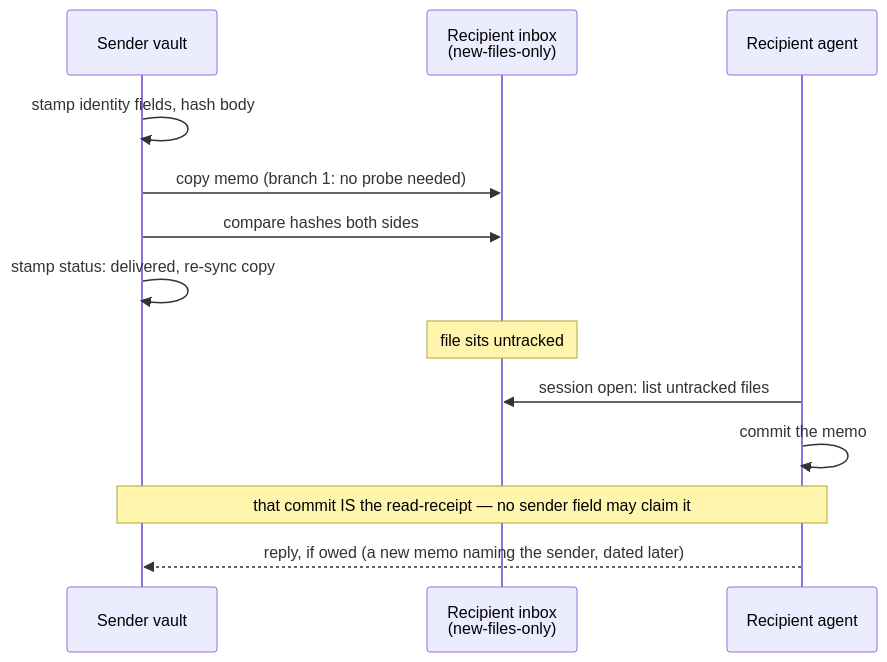
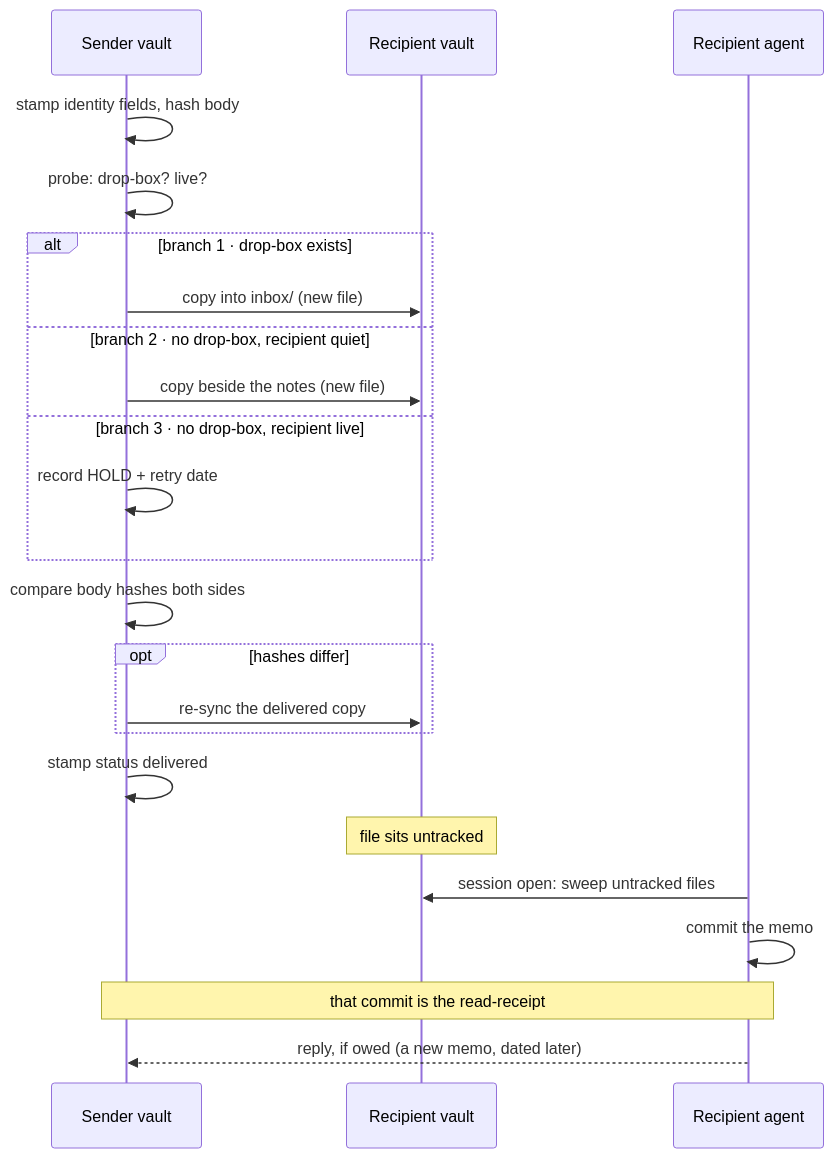
Before and after one commit to aDNA-Network/aDNA.aDNA: the third of 5 diagrams in what/docs/adna_primer_for_data_engineers.md, drawn with Mermaid. The commit also changed other lines of this file and 2 other files, not shown here.

````diff
--- a/what/docs/adna_primer_for_data_engineers.md
+++ b/what/docs/adna_primer_for_data_engineers.md
@@ -272,15 +234,27 @@
 ```mermaid
 sequenceDiagram
+  accTitle: Memo delivery, three branches
+  accDescr: The sender stamps identity fields and hashes the body, probes the recipient, then either writes into the drop-box, writes a new file into a quiet recipient's coordination directory, or records a hold and retries later. Hashes are compared on both sides; a mismatch re-syncs. The recipient's commit is the read-receipt.
   participant S as Sender vault
-  participant I as Recipient inbox<br/>(new-files-only)
+  participant I as Recipient vault
   participant R as Recipient agent
   S->>S: stamp identity fields, hash body
-  S->>I: copy memo (branch 1: no probe needed)
-  S->>I: compare hashes both sides
-  S->>S: stamp status: delivered, re-sync copy
+  S->>S: probe: drop-box? live?
+  alt branch 1 · drop-box exists
+    S->>I: copy into inbox/ (new file)
+  else branch 2 · no drop-box, recipient quiet
+    S->>I: copy beside the notes (new file)
+  else branch 3 · no drop-box, recipient live
+    S->>S: record HOLD + retry date
+  end
+  S->>S: compare body hashes both sides
+  opt hashes differ
+    S->>I: re-sync the delivered copy
+  end
+  S->>S: stamp status delivered
   Note over I: file sits untracked
-  R->>I: session open: list untracked files
+  R->>I: session open: sweep untracked files
   R->>R: commit the memo
-  Note over S,R: that commit IS the read-receipt — no sender field may claim it
-  R-->>S: reply, if owed (a new memo naming the sender, dated later)
+  Note over S,R: that commit is the read-receipt
+  R-->>S: reply, if owed (a new memo, dated later)
 ```
````
